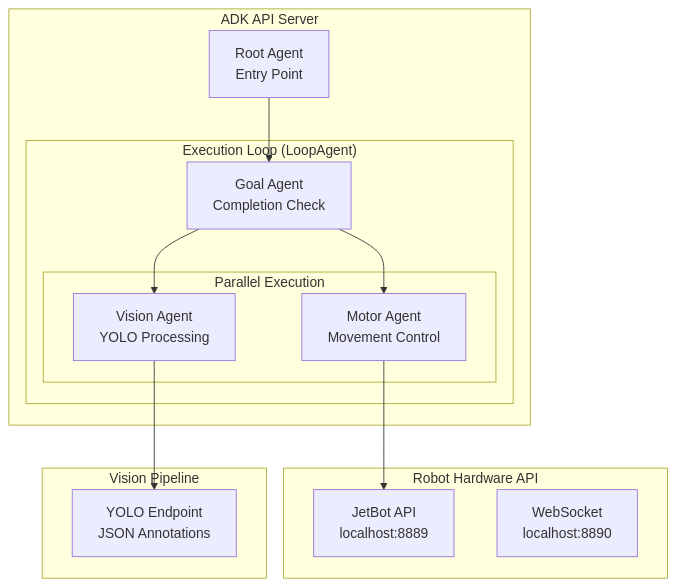
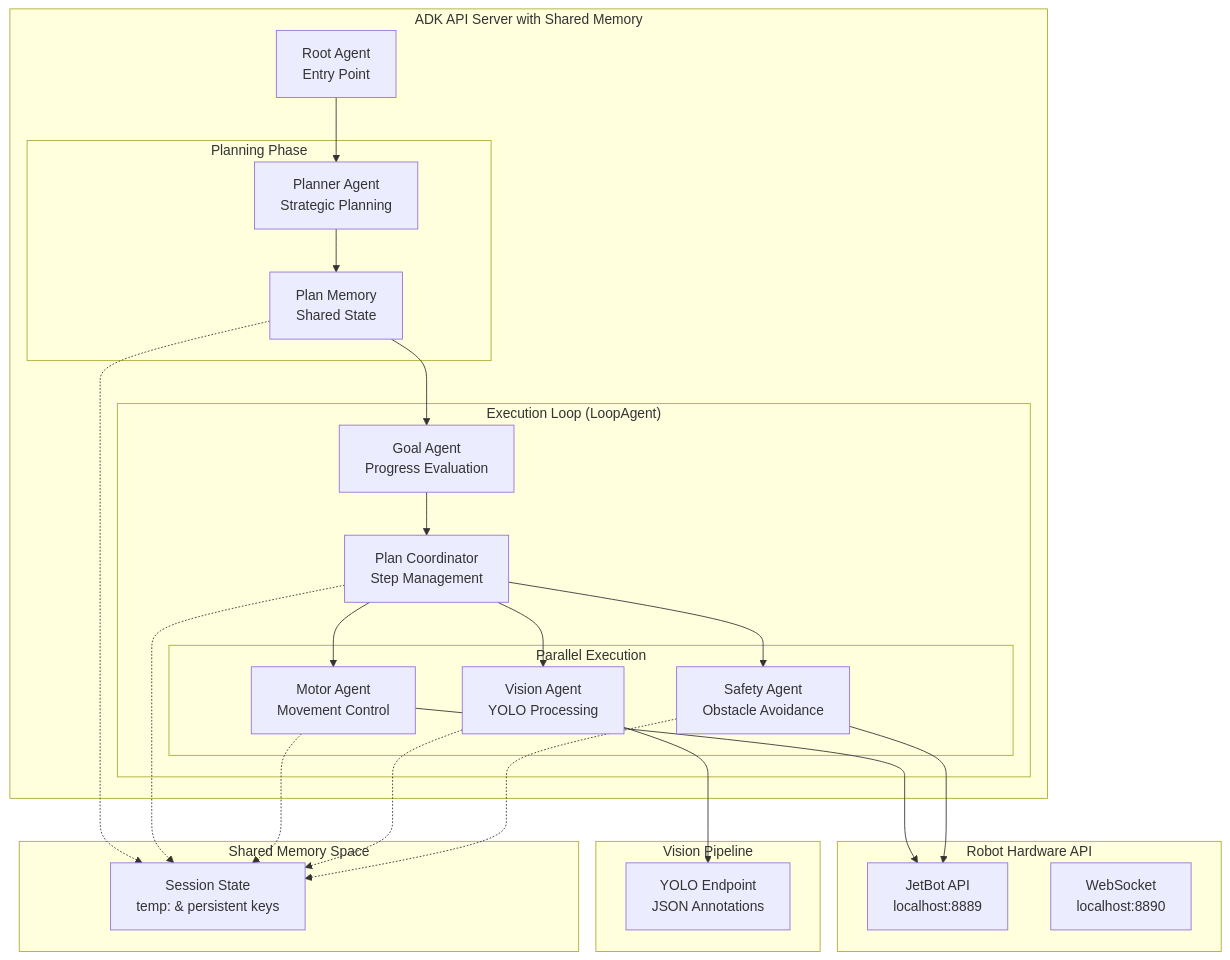
Before and after one commit to VL-ADK/VL-ADK: the diagram in adk-backend/AGENT-IMPLEMENTATION.md, drawn with Mermaid. The commit also changed other lines of this file and 2 other files, not shown here.

````diff
--- a/adk-backend/AGENT-IMPLEMENTATION.md
+++ b/adk-backend/AGENT-IMPLEMENTATION.md
@@ -9,30 +9,52 @@
 ```mermaid
 graph TB
-    subgraph "ADK API Server"
+    subgraph "ADK API Server with Shared Memory"
         RA[Root Agent<br/>Entry Point]
-        
+
+        subgraph "Planning Phase"
+            PA[Planner Agent<br/>Strategic Planning]
+            PM[Plan Memory<br/>Shared State]
+        end
+
         subgraph "Execution Loop (LoopAgent)"
-            GA[Goal Agent<br/>Completion Check]
-            
+            GA[Goal Agent<br/>Progress Evaluation]
+            PC[Plan Coordinator<br/>Step Management]
+
             subgraph "Parallel Execution"
                 MA[Motor Agent<br/>Movement Control]
                 VA[Vision Agent<br/>YOLO Processing]
+                SA[Safety Agent<br/>Obstacle Avoidance]
             end
         end
     end
-    
+
     subgraph "Robot Hardware API"
         API[JetBot API<br/>localhost:8889]
         WS[WebSocket<br/>localhost:8890]
     end
-    
+
     subgraph "Vision Pipeline"
         YOLO[YOLO Endpoint<br/>JSON Annotations]
     end
-    
-    RA --> GA
-    GA --> MA
-    GA --> VA
+
+    subgraph "Shared Memory Space"
+        SM[Session State<br/>temp: & persistent keys]
+    end
+
+    RA --> PA
+    PA --> PM
+    PM --> GA
+    GA --> PC
+    PC --> MA
+    PC --> VA
+    PC --> SA
     MA --> API
     VA --> YOLO
+    SA --> API
+
+    PM -.-> SM
+    PC -.-> SM
+    MA -.-> SM
+    VA -.-> SM
+    SA -.-> SM
 ```
````
